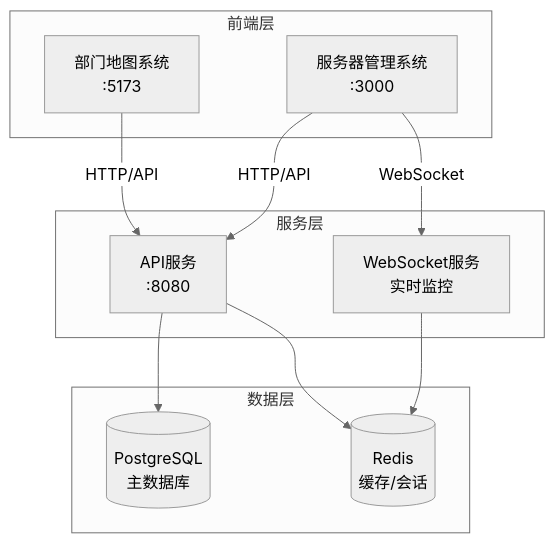
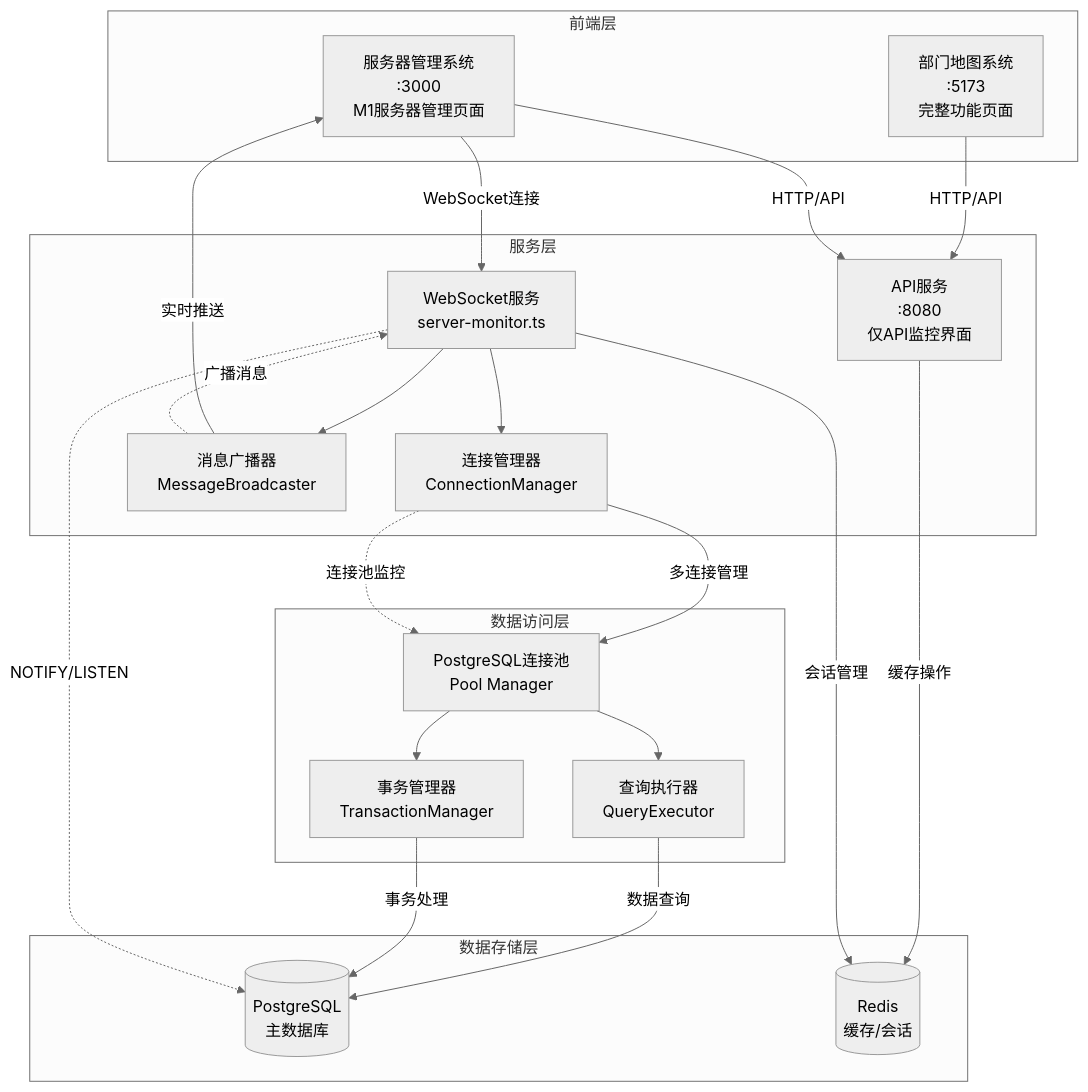
One commit to runhuayao/department-seating-chart changed the first of 4 diagrams in .trae/documents/系统架构关联逻辑文档.md. Above: the diagram before and after it, drawn with Mermaid (neutral theme). The commit also changed other lines of this file and 11 other files, not shown here.

````diff
--- a/.trae/documents/系统架构关联逻辑文档.md
+++ b/.trae/documents/系统架构关联逻辑文档.md
@@ -15,24 +15,44 @@
 ```mermaid
 graph TB
     subgraph "前端层"
-        A["部门地图系统<br/>:5173"]
-        B["服务器管理系统<br/>:3000"]
+        A["部门地图系统<br/>:5173<br/>完整功能页面"]
+        B["服务器管理系统<br/>:3000<br/>M1服务器管理页面"]
     end
     
     subgraph "服务层"
-        C["API服务<br/>:8080"]
-        D["WebSocket服务<br/>实时监控"]
+        C["API服务<br/>:8080<br/>仅API监控界面"]
+        D["WebSocket服务<br/>server-monitor.ts"]
+        E["连接管理器<br/>ConnectionManager"]
+        F["消息广播器<br/>MessageBroadcaster"]
     end
     
-    subgraph "数据层"
-        E[("PostgreSQL<br/>主数据库")]
-        F[("Redis<br/>缓存/会话")]
+    subgraph "数据访问层"
+        G["PostgreSQL连接池<br/>Pool Manager"]
+        H["查询执行器<br/>QueryExecutor"]
+        I["事务管理器<br/>TransactionManager"]
+    end
+    
+    subgraph "数据存储层"
+        J[("PostgreSQL<br/>主数据库")]
+        K[("Redis<br/>缓存/会话")]
     end
     
     A -->|HTTP/API| C
     B -->|HTTP/API| C
-    B -->|WebSocket| D
-    C --> E
-    C --> F
+    B -->|WebSocket连接| D
+    D --> E
     D --> F
+    E -->|多连接管理| G
+    F -->|实时推送| B
+    G --> H
+    G --> I
+    H -->|数据查询| J
+    I -->|事务处理| J
+    C -->|缓存操作| K
+    D -->|会话管理| K
+    
+    %% WebSocket连接关系
+    D -.->|NOTIFY/LISTEN| J
+    E -.->|连接池监控| G
+    F -.->|广播消息| D
 ```
````
